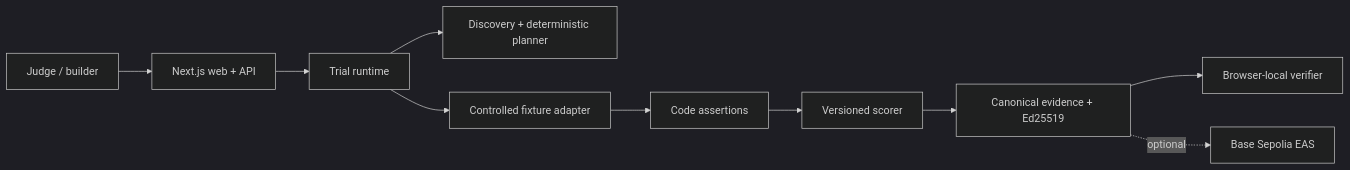
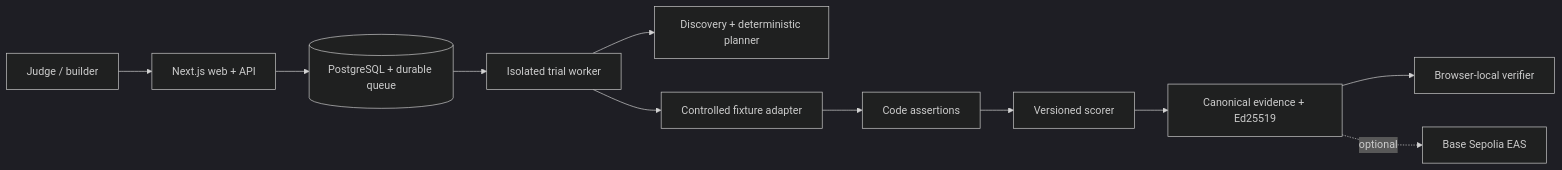
Before and after one commit to tang-vu/agenttrial: the diagram in README.md, drawn with Mermaid (dark theme). The commit also changed other lines of this file and 31 other files, not shown here.

````diff
--- a/README.md
+++ b/README.md
@@ -51,12 +52,13 @@
 ```mermaid
 flowchart LR
     J[Judge / builder] --> W[Next.js web + API]
-    W --> R[Trial runtime]
+    W --> P[(PostgreSQL + durable queue)]
+    P --> R[Isolated trial worker]
     R --> D[Discovery + deterministic planner]
     R --> F[Controlled fixture adapter]
     F --> A[Code assertions]
     A --> S[Versioned scorer]
     S --> E[Canonical evidence + Ed25519]
     E --> V[Browser-local verifier]
     E -. optional .-> B[Base Sepolia EAS]
 ```
````
